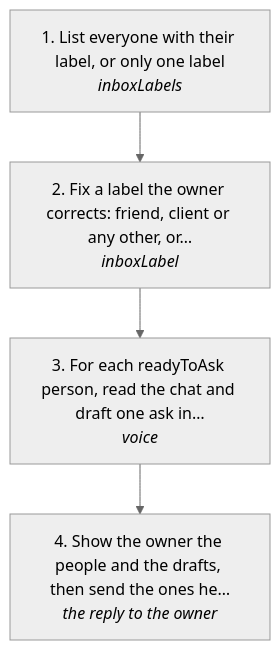
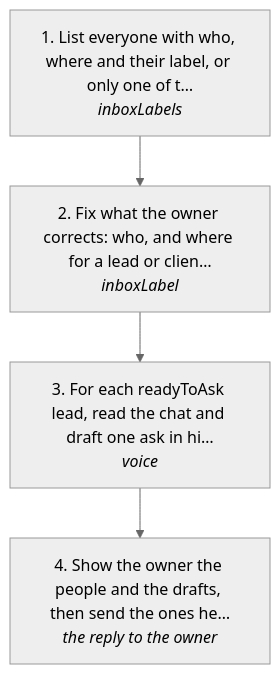
The diagram in docs/useCases/inbox/warmPeople.md (aggelos-pappas/log), drawn with Mermaid (neutral theme) before and after one commit. The commit also changed other lines of this file and 51 other files, not shown here.

First line of the commit message:
feat(inbox): pipeline labels, who and where per chat on the CPU (#236)

````diff
--- a/docs/useCases/inbox/warmPeople.md
+++ b/docs/useCases/inbox/warmPeople.md
@@ -14,10 +14,10 @@
 ```mermaid
 flowchart TD
-  s0["1. List everyone with their label, or only one label<br/><i>inboxLabels</i>"]
-  s1["2. Fix a label the owner corrects: friend, client or any other, or…<br/><i>inboxLabel</i>"]
-  s2["3. For each readyToAsk person, read the chat and draft one ask in…<br/><i>voice</i>"]
+  s0["1. List everyone with who, where and their label, or only one of t…<br/><i>inboxLabels</i>"]
+  s1["2. Fix what the owner corrects: who, and where for a lead or clien…<br/><i>inboxLabel</i>"]
+  s2["3. For each readyToAsk lead, read the chat and draft one ask in hi…<br/><i>voice</i>"]
   s3["4. Show the owner the people and the drafts, then send the ones he…<br/><i>the reply to the owner</i>"]
   s0 --> s1
   s1 --> s2
   s2 --> s3
 ```
````
